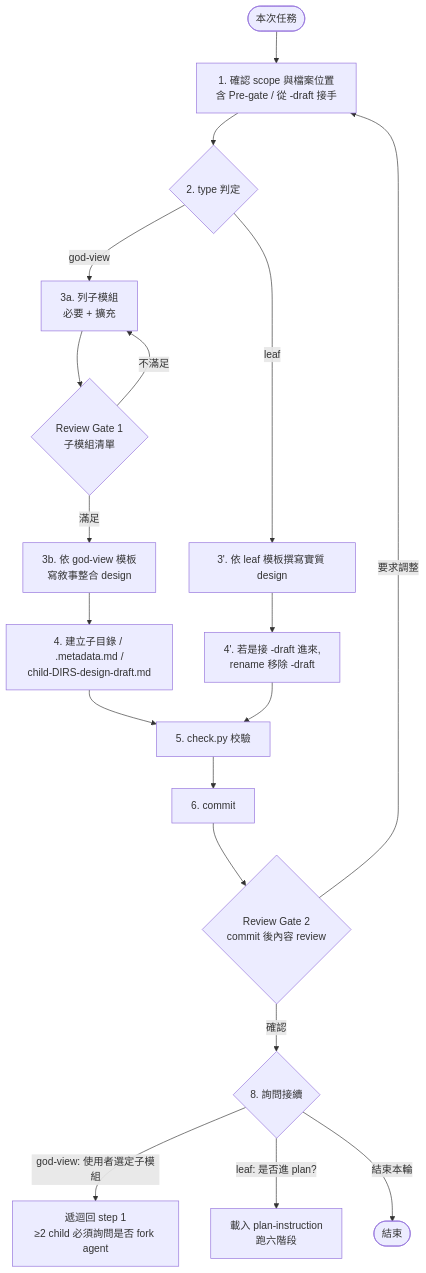
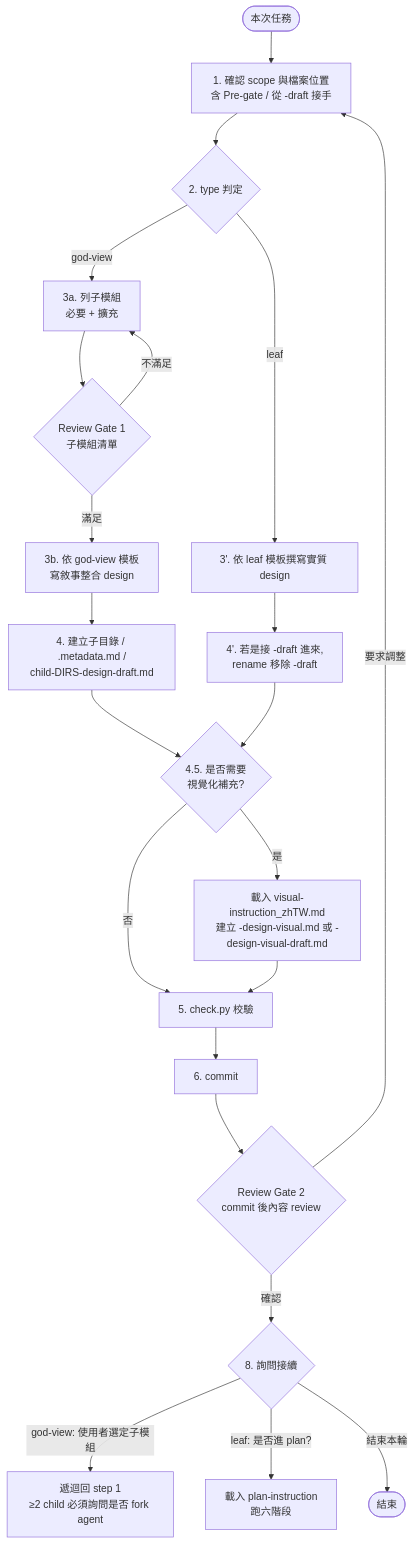
The first of 7 diagrams in skills/task-decomposition/references/design-instruction_zhTW.md (Aery9527/aery-marketplace), drawn with Mermaid before and after one commit. The commit also changed other lines of this file and 10 other files, not shown here.

Commit message:
feat(design-instruction): add visualization evaluation step for design clarity

````diff
--- a/skills/task-decomposition/references/design-instruction_zhTW.md
+++ b/skills/task-decomposition/references/design-instruction_zhTW.md
@@ -14,21 +14,24 @@
 ```mermaid
 flowchart TD
     s([本次任務]) --> S1[1. 確認 scope 與檔案位置<br/>含 Pre-gate / 從 -draft 接手]
     S1 --> S2{2. type 判定}
     S2 -->|god-view| G3a[3a. 列子模組<br/>必要 + 擴充]
     G3a --> GATE1{Review Gate 1<br/>子模組清單}
     GATE1 -->|不滿足| G3a
     GATE1 -->|滿足| G3b[3b. 依 god-view 模板<br/>寫敘事整合 design]
     G3b --> G4[4. 建立子目錄 / .metadata.md /<br/>child-DIRS-design-draft.md]
     S2 -->|leaf| L3[3'. 依 leaf 模板撰寫實質 design]
     L3 --> L4[4'. 若是接 -draft 進來,<br/>rename 移除 -draft]
-    G4 --> S5[5. check.py 校驗]
-    L4 --> S5
+    G4 --> V{4.5. 是否需要<br/>視覺化補充?}
+    L4 --> V
+    V -->|是| Vy[載入 visual-instruction_zhTW.md<br/>建立 -design-visual.md 或 -design-visual-draft.md]
+    V -->|否| S5[5. check.py 校驗]
+    Vy --> S5
     S5 --> S6[6. commit]
     S6 --> GATE2{Review Gate 2<br/>commit 後內容 review}
     GATE2 -->|要求調整| S1
     GATE2 -->|確認| S8{8. 詢問接續}
     S8 -->|god-view: 使用者選定子模組| R[遞迴回 step 1<br/>≥2 child 必須詢問是否 fork agent]
     S8 -->|leaf: 是否進 plan?| P[載入 plan-instruction<br/>跑六階段]
     S8 -->|結束本輪| done([結束])
 ```
````
